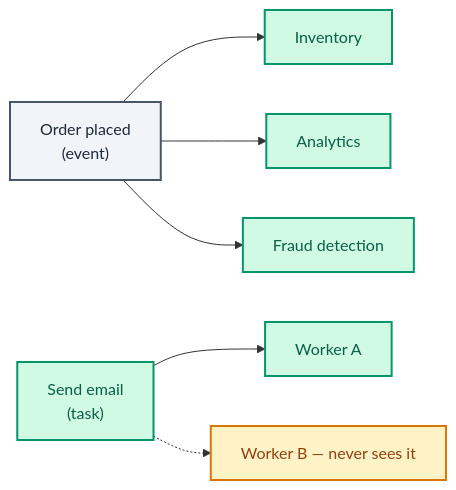
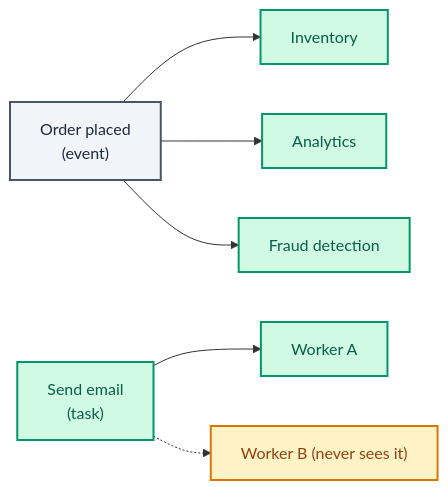
Before and after one commit to rishabh0111/rishabh0111.github.io: diagram 13 of 17 in _posts/blogs/2026-10-19-system-design-async.md, drawn with Mermaid. The commit also changed other lines of this file and 42 other files, not shown here.

````diff
--- a/_posts/blogs/2026-10-19-system-design-async.md
+++ b/_posts/blogs/2026-10-19-system-design-async.md
@@ -382,14 +382,14 @@
 ```mermaid
 flowchart LR
     E["Order placed<br/>(event)"] --> C1["Inventory"]
     E --> C2["Analytics"]
     E --> C3["Fraud detection"]
     T["Send email<br/>(task)"] --> W1["Worker A"]
-    T -.-> W2["Worker B — never sees it"]
+    T -.-> W2["Worker B (never sees it)"]
     classDef service fill:#D1FAE5,stroke:#059669,stroke-width:2px,color:#065F46
     classDef warn fill:#FEF3C7,stroke:#D97706,stroke-width:2px,color:#92400E
     classDef flow fill:#F1F5F9,stroke:#475569,stroke-width:2px,color:#1E293B
     class C1,C2,C3,T,W1 service
     class W2 warn
     class E flow
 ```
````
